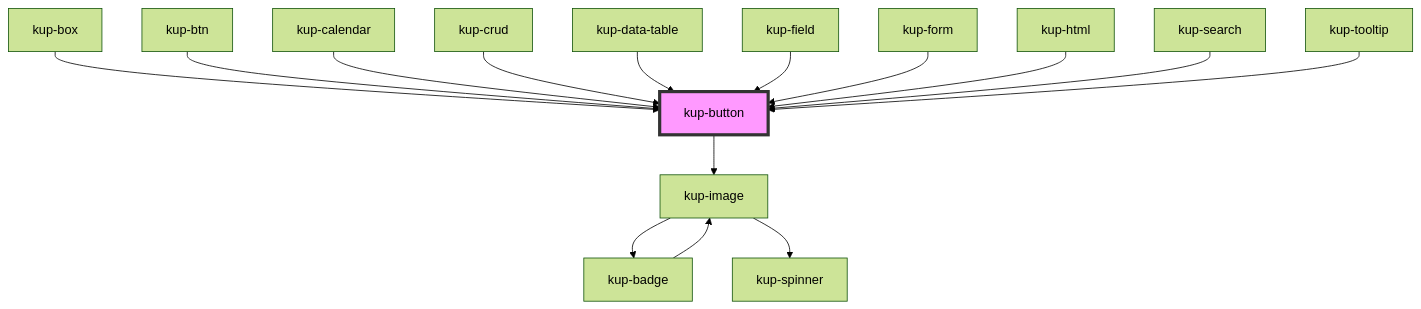
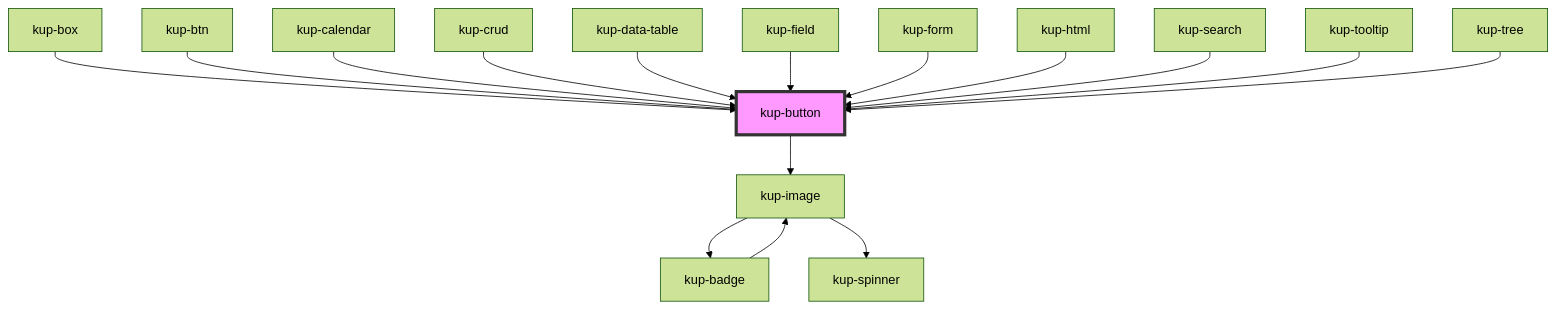
The diagram in packages/ketchup/src/components/kup-button/readme.md (smeup/ketchup), drawn with Mermaid (forest theme) before and after one commit. The commit also changed other lines of this file and 2 other files, not shown here.

Commit message:
Readmes renewal.

````diff
--- a/packages/ketchup/src/components/kup-button/readme.md
+++ b/packages/ketchup/src/components/kup-button/readme.md
@@ -56,18 +57,19 @@
 ```mermaid
 graph TD;
   kup-button --> kup-image
   kup-image --> kup-badge
   kup-image --> kup-spinner
   kup-badge --> kup-image
   kup-box --> kup-button
   kup-btn --> kup-button
   kup-calendar --> kup-button
   kup-crud --> kup-button
   kup-data-table --> kup-button
   kup-field --> kup-button
   kup-form --> kup-button
   kup-html --> kup-button
   kup-search --> kup-button
   kup-tooltip --> kup-button
+  kup-tree --> kup-button
   style kup-button fill:#f9f,stroke:#333,stroke-width:4px
 ```
````
